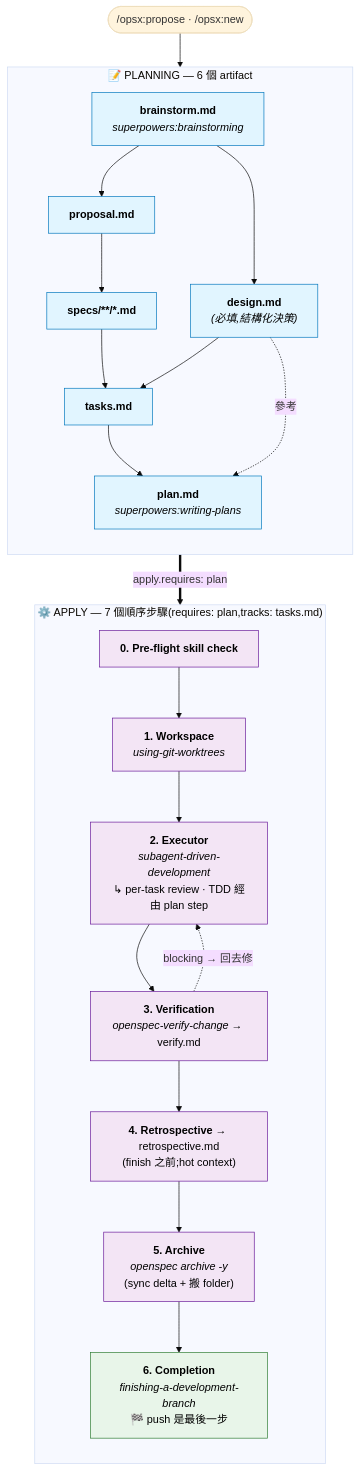
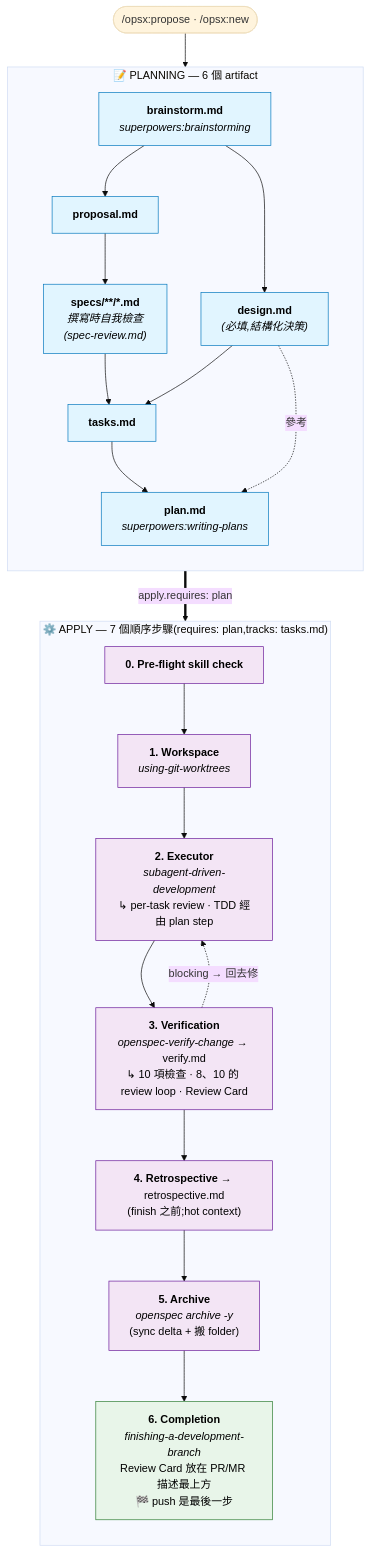
One commit to AdrianTheopold/openspec-schemas changed the diagram in superpowers-bridge/README.zh-TW.md. Above: the diagram before and after it, drawn with Mermaid (base theme). The commit also changed other lines of this file and 4 other files, not shown here.

````diff
--- a/superpowers-bridge/README.zh-TW.md
+++ b/superpowers-bridge/README.zh-TW.md
@@ -225,48 +226,48 @@
 ```mermaid
 flowchart TD
     Start([/opsx:propose · /opsx:new])
 
     subgraph Plan ["📝 PLANNING — 6 個 artifact"]
         direction TB
         BS["<b>brainstorm.md</b><br/><i>superpowers:brainstorming</i>"]
         PROP["<b>proposal.md</b>"]
         DES["<b>design.md</b><br/><i>(必填,結構化決策)</i>"]
-        SP["<b>specs/**/*.md</b>"]
+        SP["<b>specs/**/*.md</b><br/><i>撰寫時自我檢查<br/>(spec-review.md)</i>"]
         TK["<b>tasks.md</b>"]
         PL["<b>plan.md</b><br/><i>superpowers:writing-plans</i>"]
 
         BS --> PROP
         BS --> DES
         PROP --> SP
         SP --> TK
         DES --> TK
         TK --> PL
         DES -. 參考 .-> PL
     end
 
     subgraph Apply ["⚙️ APPLY — 7 個順序步驟(requires: plan,tracks: tasks.md)"]
         direction TB
         A0["<b>0. Pre-flight skill check</b>"]
         A1["<b>1. Workspace</b><br/><i>using-git-worktrees</i>"]
         A2["<b>2. Executor</b><br/><i>subagent-driven-development</i><br/>↳ per-task review · TDD 經由 plan step"]
-        A3["<b>3. Verification</b><br/><i>openspec-verify-change</i> → verify.md"]
+        A3["<b>3. Verification</b><br/><i>openspec-verify-change</i> → verify.md<br/>↳ 10 項檢查 · 8、10 的 review loop · Review Card"]
         A4["<b>4. Retrospective</b> → retrospective.md<br/>(finish 之前;hot context)"]
         A5["<b>5. Archive</b><br/><i>openspec archive -y</i><br/>(sync delta + 搬 folder)"]
-        A6["<b>6. Completion</b><br/><i>finishing-a-development-branch</i><br/>🏁 push 是最後一步"]
+        A6["<b>6. Completion</b><br/><i>finishing-a-development-branch</i><br/>Review Card 放在 PR/MR 描述最上方<br/>🏁 push 是最後一步"]
 
         A0 --> A1 --> A2 --> A3
         A3 -. blocking → 回去修 .-> A2
         A3 --> A4 --> A5 --> A6
     end
 
     Start --> BS
     PL ==>|apply.requires: plan| A0
 
     classDef artifact fill:#e1f5ff,stroke:#0277bd,color:#000
     classDef step fill:#f3e5f5,stroke:#6a1b9a,color:#000
     classDef capstone fill:#e8f5e9,stroke:#2e7d32,color:#000
 
     class BS,PROP,DES,SP,TK,PL artifact
     class A0,A1,A2,A3,A4,A5 step
     class A6 capstone
 ```
````
